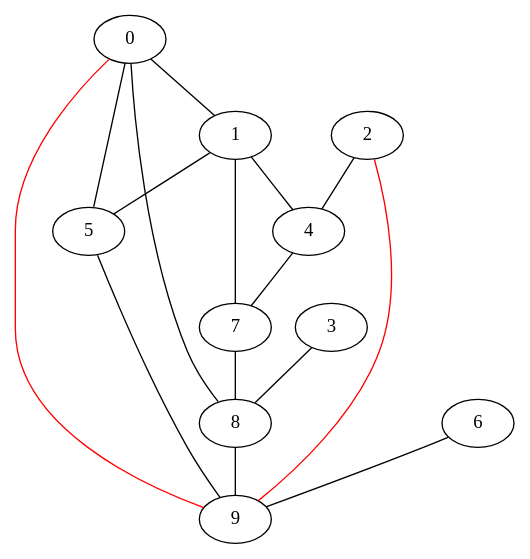
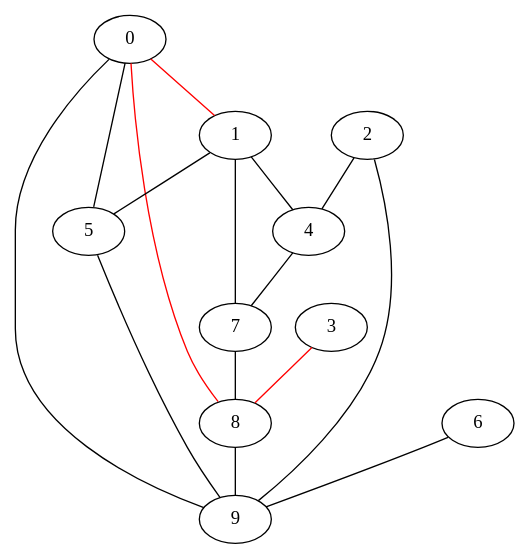
The diagram in CSlAB_2017/GRAPHS/oneColoredFarthest.dot (kuldeep725/COLLEGE_STUFFS), drawn with Graphviz before and after one commit. The commit also changed 47 other files, not shown here.

```diff
--- a/CSlAB_2017/GRAPHS/oneColoredFarthest.dot
+++ b/CSlAB_2017/GRAPHS/oneColoredFarthest.dot
@@ -1,18 +1,18 @@
 graph one {
-      0 -- 1 ;
+      0 -- 1 [color=red] ;
       0 -- 5 ;
-      0 -- 8 ;
-      0 -- 9 [color=red] ;
+      0 -- 8 [color=red] ;
+      0 -- 9 ;
       1 -- 4 ;
       1 -- 5 ;
       1 -- 7 ;
       2 -- 4 ;
-      2 -- 9 [color=red] ;
-      3 -- 8 ;
+      2 -- 9 ;
+      3 -- 8 [color=red] ;
       4 -- 7 ;
       5 -- 9 ;
       6 -- 9 ;
       7 -- 8 ;
       8 -- 9 ;
       9 
 }
```
